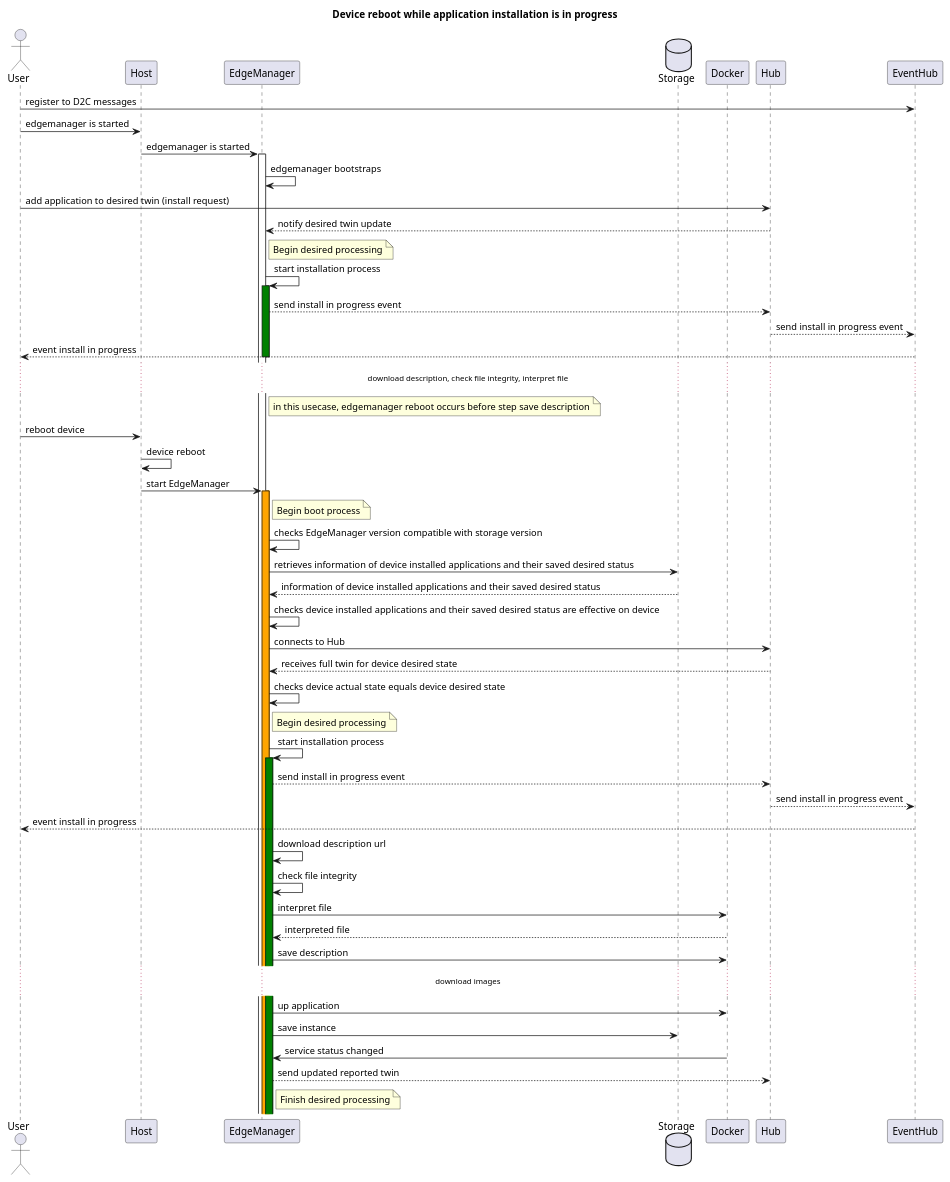
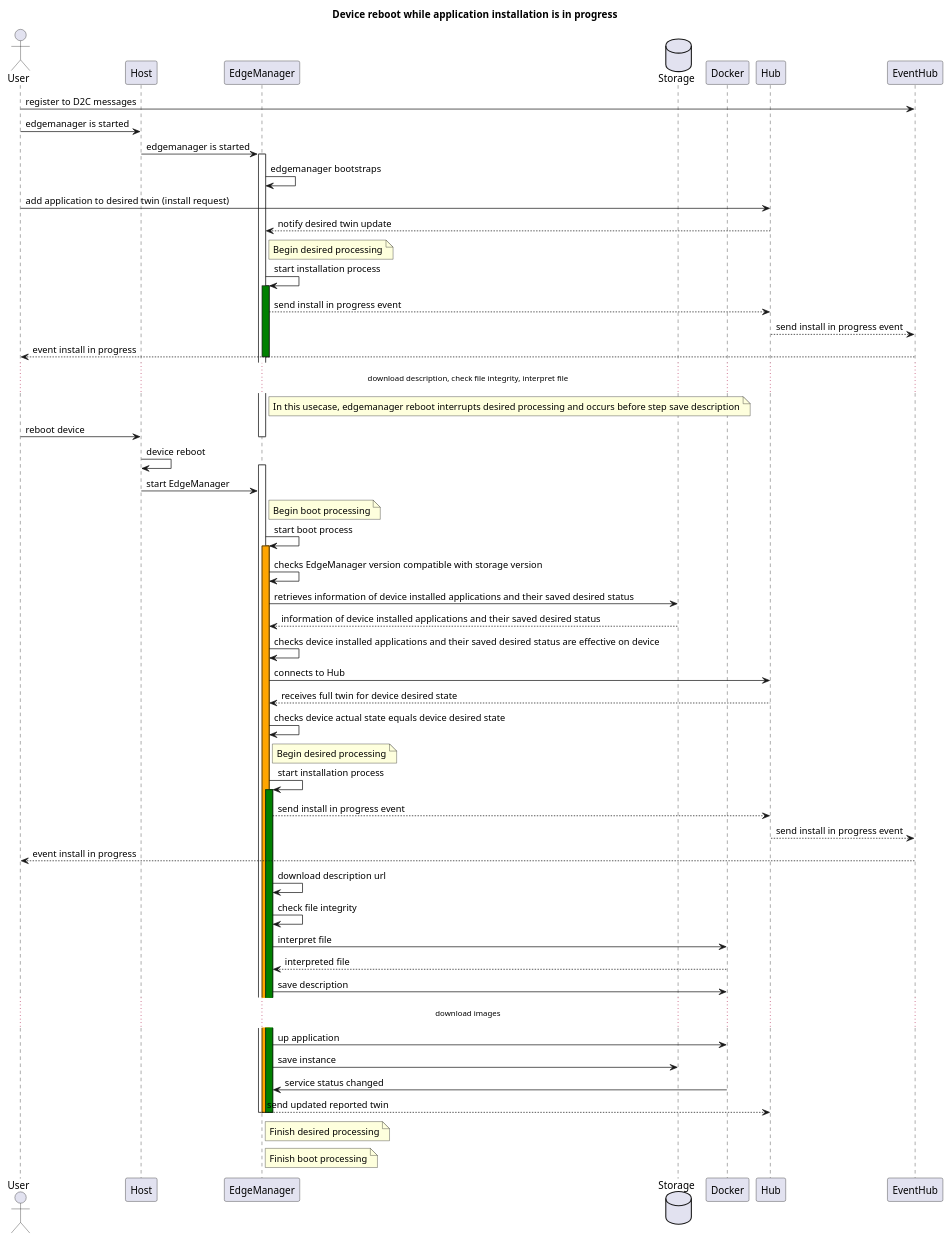
One commit to se-edge/framework-diagrams changed the diagram in Usecases/Reboot-behavior/Device-reboot-while-application-installation-is-in-progress.puml. Above: the diagram before and after it, drawn with PlantUML.

Commit message:
update plantuml

```diff
--- a/Usecases/Reboot-behavior/Device-reboot-while-application-installation-is-in-progress.puml
+++ b/Usecases/Reboot-behavior/Device-reboot-while-application-installation-is-in-progress.puml
@@ -1,67 +1,76 @@
 @startuml
 title Device reboot while application installation is in progress
 
 actor User
 participant Host
 participant EdgeManager as EM
 database Storage as Stor
 participant Docker as Dock
 participant Hub as Hub
 participant EventHub as EH
 
 User -> EH : register to D2C messages
 User -> Host : edgemanager is started
 Host -> EM : edgemanager is started
 activate EM
 EM -> EM : edgemanager bootstraps
 User -> Hub : add application to desired twin (install request)
 Hub --> EM : notify desired twin update
 note right of EM
 Begin desired processing
 end note
 EM -> EM: start installation process
 activate EM #Green
 EM --> Hub : send install in progress event
 Hub --> EH : send install in progress event
 EH --> User : event install in progress
 deactivate EM
 ... download description, check file integrity, interpret file ...
 note right of EM
-in this usecase, edgemanager reboot occurs before step save description
+In this usecase, edgemanager reboot interrupts desired processing and occurs before step save description
 end note
 User -> Host : reboot device
+deactivate EM
 Host -> Host : device reboot
+activate EM
 Host -> EM : start EdgeManager
+note right of EM
+Begin boot processing
+end note
+EM -> EM : start boot process
 activate EM #Orange
-note right of EM
-Begin boot process
-end note
 EM -> EM : checks EdgeManager version compatible with storage version
 EM -> Stor : retrieves information of device installed applications and their saved desired status
 Stor --> EM : information of device installed applications and their saved desired status
 EM -> EM : checks device installed applications and their saved desired status are effective on device
 EM -> Hub : connects to Hub
 Hub --> EM : receives full twin for device desired state
 EM -> EM : checks device actual state equals device desired state
 note right of EM
 Begin desired processing
 end note
 EM -> EM: start installation process
 activate EM #Green
 EM --> Hub : send install in progress event
 Hub --> EH : send install in progress event
 EH --> User : event install in progress
 EM -> EM : download description url
 EM -> EM : check file integrity
 EM -> Dock : interpret file
 Dock --> EM : interpreted file
 EM -> Dock : save description
 ... download images ...
 EM -> Dock : up application
 EM -> Stor : save instance
 Dock -> EM : service status changed
 EM --> Hub : send updated reported twin
 note right of EM
 Finish desired processing
 end note
+note right of EM
+Finish boot processing
+end note
+deactivate EM
+deactivate EM
+deactivate EM
 @enduml
```
